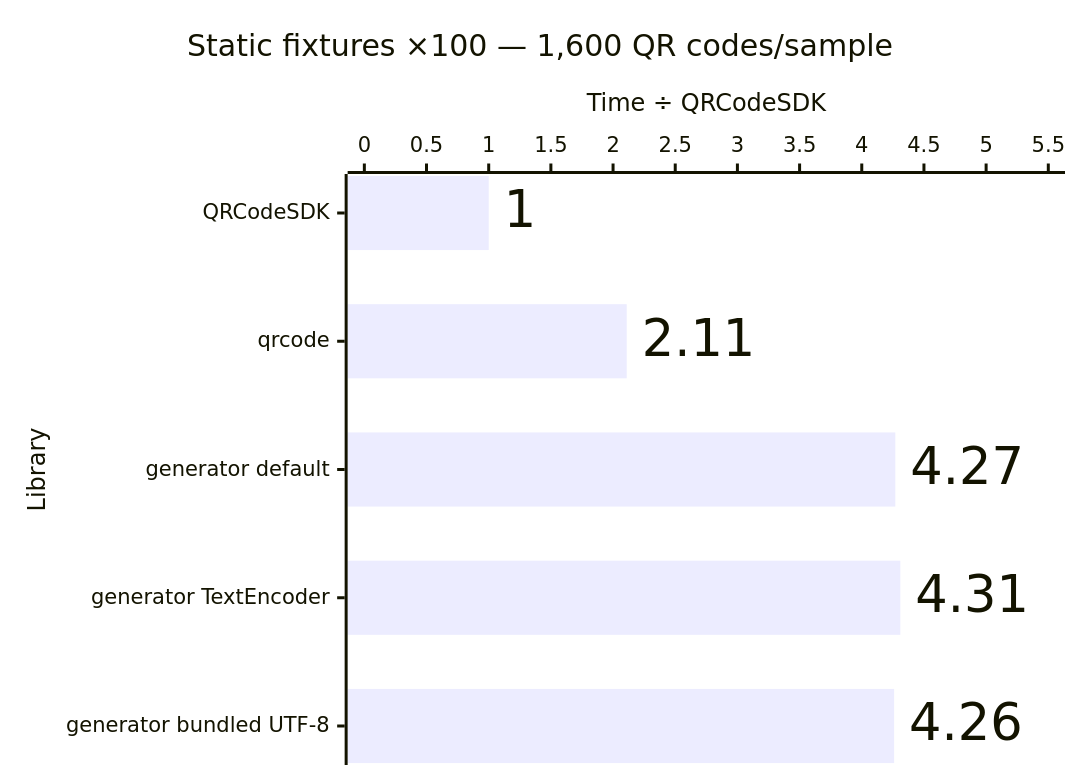
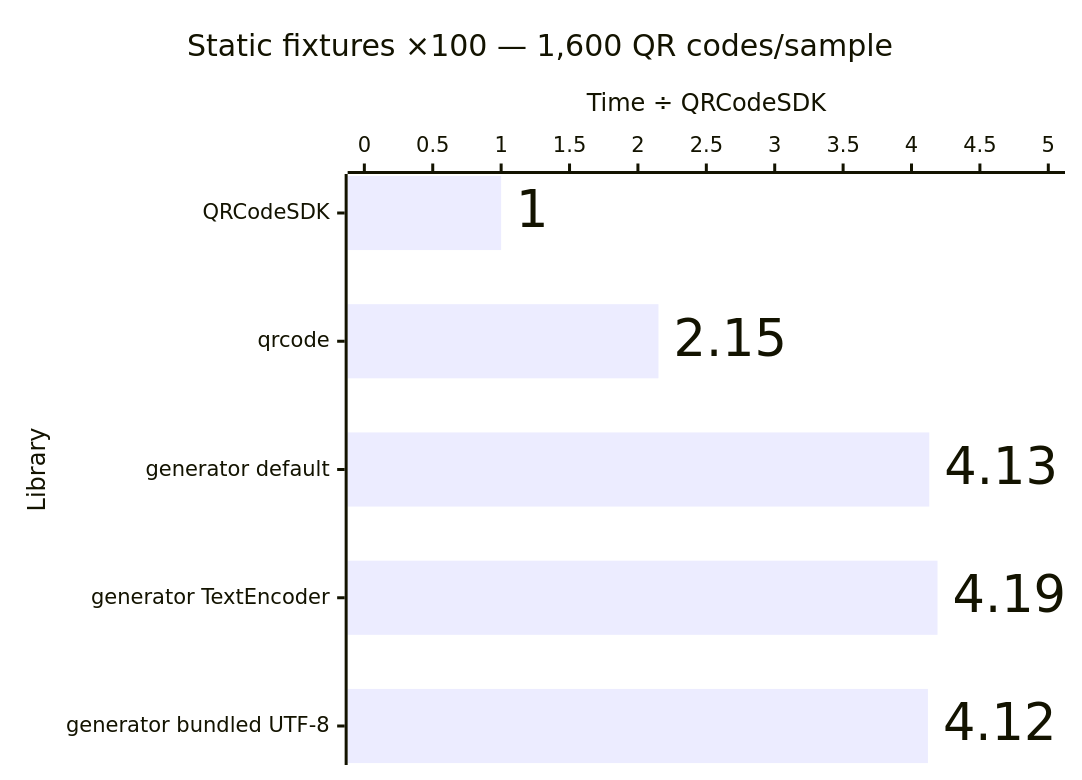
The fourth of 12 diagrams in apps/docs/src/content/docs/advanced/performance.md (Dafnik/qrcodesdk), drawn with Mermaid before and after one commit. The commit also changed other lines of this file and 5 other files, not shown here.

````diff
--- a/apps/docs/src/content/docs/advanced/performance.md
+++ b/apps/docs/src/content/docs/advanced/performance.md
@@ -73,15 +73,15 @@
 ```mermaid
 ---
 config:
   xyChart:
     showDataLabel: true
     showDataLabelOutsideBar: true
 ---
 xychart horizontal
   accTitle: Matrix generation: Static fixtures ×100 — 1,600 QR codes/sample
-  accDescr: Relative median time compared with QRCodeSDK. QRCodeSDK 1.00 times, qrcode 2.11 times, generator default 4.27 times, generator TextEncoder 4.31 times, generator bundled UTF-8 4.26 times. Lower is better.
+  accDescr: Relative median time compared with QRCodeSDK. QRCodeSDK 1.00 times, qrcode 2.15 times, generator default 4.13 times, generator TextEncoder 4.19 times, generator bundled UTF-8 4.12 times. Lower is better.
   title "Static fixtures ×100 — 1,600 QR codes/sample"
   x-axis "Library" ["QRCodeSDK", "qrcode", "generator default", "generator TextEncoder", "generator bundled UTF-8"]
-  y-axis "Time ÷ QRCodeSDK" 0 --> 5.5
-  bar [1.00, 2.11, 4.27, 4.31, 4.26]
+  y-axis "Time ÷ QRCodeSDK" 0 --> 5.0
+  bar [1.00, 2.15, 4.13, 4.19, 4.12]
 ```
````
